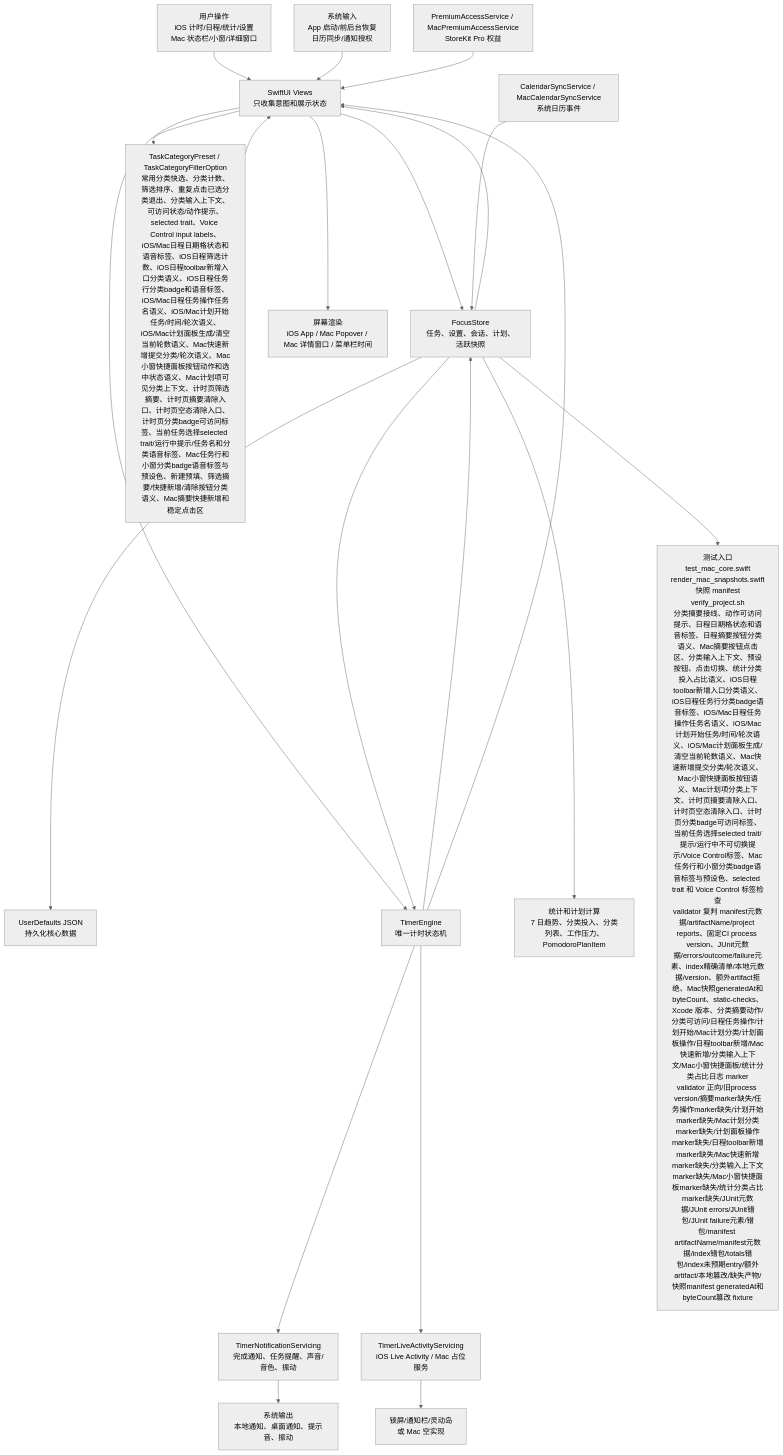
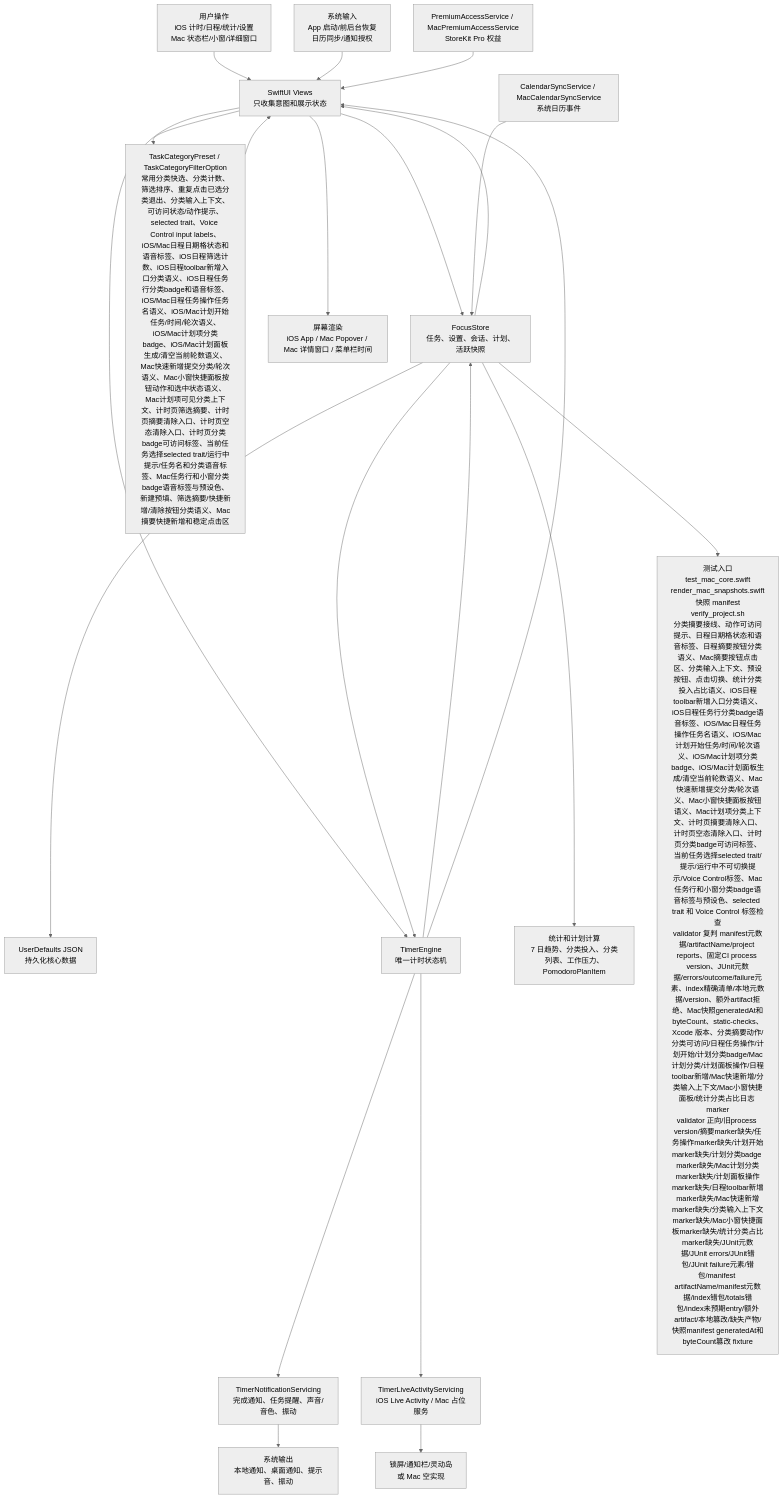
One commit to Altman-sam114/114 changed the first of 6 diagrams in md/flow/flowchart.md. Above: the diagram before and after it, drawn with Mermaid (neutral theme). The commit also changed other lines of this file and 9 other files, not shown here.

````diff
--- a/md/flow/flowchart.md
+++ b/md/flow/flowchart.md
@@ -9,23 +9,23 @@
 ```mermaid
 flowchart TD
   U["用户操作<br/>iOS 计时/日程/统计/设置<br/>Mac 状态栏/小窗/详细窗口"] --> V["SwiftUI Views<br/>只收集意图和展示状态"]
   SYS["系统输入<br/>App 启动/前后台恢复<br/>日历同步/通知授权"] --> V
   V --> S["FocusStore<br/>任务、设置、会话、计划、活跃快照"]
-  V --> CAT["TaskCategoryPreset / TaskCategoryFilterOption<br/>常用分类快选、分类计数、筛选排序、重复点击已选分类退出、分类输入上下文、可访问状态/动作提示、selected trait、Voice Control input labels、iOS/Mac日程日期格状态和语音标签、iOS日程筛选计数、iOS日程toolbar新增入口分类语义、iOS日程任务行分类badge和语音标签、iOS/Mac日程任务操作任务名语义、iOS/Mac计划开始任务/时间/轮次语义、iOS/Mac计划面板生成/清空当前轮数语义、Mac快速新增提交分类/轮次语义、Mac小窗快捷面板按钮动作和选中状态语义、Mac计划项可见分类上下文、计时页筛选摘要、计时页摘要清除入口、计时页空态清除入口、计时页分类badge可访问标签、当前任务选择selected trait/运行中提示/任务名和分类语音标签、Mac任务行和小窗分类badge语音标签与预设色、新建预填、筛选摘要/快捷新增/清除按钮分类语义、Mac摘要快捷新增和稳定点击区"]
+  V --> CAT["TaskCategoryPreset / TaskCategoryFilterOption<br/>常用分类快选、分类计数、筛选排序、重复点击已选分类退出、分类输入上下文、可访问状态/动作提示、selected trait、Voice Control input labels、iOS/Mac日程日期格状态和语音标签、iOS日程筛选计数、iOS日程toolbar新增入口分类语义、iOS日程任务行分类badge和语音标签、iOS/Mac日程任务操作任务名语义、iOS/Mac计划开始任务/时间/轮次语义、iOS/Mac计划项分类badge、iOS/Mac计划面板生成/清空当前轮数语义、Mac快速新增提交分类/轮次语义、Mac小窗快捷面板按钮动作和选中状态语义、Mac计划项可见分类上下文、计时页筛选摘要、计时页摘要清除入口、计时页空态清除入口、计时页分类badge可访问标签、当前任务选择selected trait/运行中提示/任务名和分类语音标签、Mac任务行和小窗分类badge语音标签与预设色、新建预填、筛选摘要/快捷新增/清除按钮分类语义、Mac摘要快捷新增和稳定点击区"]
   CAT --> V
   S --> P["UserDefaults JSON<br/>持久化核心数据"]
   V --> E["TimerEngine<br/>唯一计时状态机"]
   S --> E
   E --> S
   E --> N["TimerNotificationServicing<br/>完成通知、任务提醒、声音/音色、振动"]
   E --> L["TimerLiveActivityServicing<br/>iOS Live Activity / Mac 占位服务"]
   S --> C["统计和计划计算<br/>7 日趋势、分类投入、分类列表、工作压力、PomodoroPlanItem"]
   CAL["CalendarSyncService / MacCalendarSyncService<br/>系统日历事件"] --> S
   PRO["PremiumAccessService / MacPremiumAccessService<br/>StoreKit Pro 权益"] --> V
   S --> V
   E --> V
   V --> OUT["屏幕渲染<br/>iOS App / Mac Popover / Mac 详情窗口 / 菜单栏时间"]
   N --> OUT2["系统输出<br/>本地通知、桌面通知、提示音、振动"]
   L --> OUT3["锁屏/通知栏/灵动岛<br/>或 Mac 空实现"]
-  S --> T["测试入口<br/>test_mac_core.swift<br/>render_mac_snapshots.swift<br/>快照 manifest<br/>verify_project.sh<br/>分类摘要接线、动作可访问提示、日程日期格状态和语音标签、日程摘要按钮分类语义、Mac摘要按钮点击区、分类输入上下文、预设按钮、点击切换、统计分类投入占比语义、iOS日程toolbar新增入口分类语义、iOS日程任务行分类badge语音标签、iOS/Mac日程任务操作任务名语义、iOS/Mac计划开始任务/时间/轮次语义、iOS/Mac计划面板生成/清空当前轮数语义、Mac快速新增提交分类/轮次语义、Mac小窗快捷面板按钮语义、Mac计划项分类上下文、计时页摘要清除入口、计时页空态清除入口、计时页分类badge可访问标签、当前任务选择selected trait/提示/运行中不可切换提示/Voice Control标签、Mac任务行和小窗分类badge语音标签与预设色、selected trait 和 Voice Control 标签检查<br/>validator 复判 manifest元数据/artifactName/project reports、固定CI process version、JUnit元数据/errors/outcome/failure元素、index精确清单/本地元数据/version、额外artifact拒绝、Mac快照generatedAt和byteCount、static-checks、Xcode 版本、分类摘要动作/分类可访问/日程任务操作/计划开始/Mac计划分类/计划面板操作/日程toolbar新增/Mac快速新增/分类输入上下文/Mac小窗快捷面板/统计分类占比日志 marker<br/>validator 正向/旧process version/摘要marker缺失/任务操作marker缺失/计划开始marker缺失/Mac计划分类marker缺失/计划面板操作marker缺失/日程toolbar新增marker缺失/Mac快速新增marker缺失/分类输入上下文marker缺失/Mac小窗快捷面板marker缺失/统计分类占比marker缺失/JUnit元数据/JUnit errors/JUnit错包/JUnit failure元素/错包/manifest artifactName/manifest元数据/index错包/totals错包/index未预期entry/额外artifact/本地篡改/缺失产物/快照manifest generatedAt和byteCount篡改 fixture"]
+  S --> T["测试入口<br/>test_mac_core.swift<br/>render_mac_snapshots.swift<br/>快照 manifest<br/>verify_project.sh<br/>分类摘要接线、动作可访问提示、日程日期格状态和语音标签、日程摘要按钮分类语义、Mac摘要按钮点击区、分类输入上下文、预设按钮、点击切换、统计分类投入占比语义、iOS日程toolbar新增入口分类语义、iOS日程任务行分类badge语音标签、iOS/Mac日程任务操作任务名语义、iOS/Mac计划开始任务/时间/轮次语义、iOS/Mac计划项分类badge、iOS/Mac计划面板生成/清空当前轮数语义、Mac快速新增提交分类/轮次语义、Mac小窗快捷面板按钮语义、Mac计划项分类上下文、计时页摘要清除入口、计时页空态清除入口、计时页分类badge可访问标签、当前任务选择selected trait/提示/运行中不可切换提示/Voice Control标签、Mac任务行和小窗分类badge语音标签与预设色、selected trait 和 Voice Control 标签检查<br/>validator 复判 manifest元数据/artifactName/project reports、固定CI process version、JUnit元数据/errors/outcome/failure元素、index精确清单/本地元数据/version、额外artifact拒绝、Mac快照generatedAt和byteCount、static-checks、Xcode 版本、分类摘要动作/分类可访问/日程任务操作/计划开始/计划分类badge/Mac计划分类/计划面板操作/日程toolbar新增/Mac快速新增/分类输入上下文/Mac小窗快捷面板/统计分类占比日志 marker<br/>validator 正向/旧process version/摘要marker缺失/任务操作marker缺失/计划开始marker缺失/计划分类badge marker缺失/Mac计划分类marker缺失/计划面板操作marker缺失/日程toolbar新增marker缺失/Mac快速新增marker缺失/分类输入上下文marker缺失/Mac小窗快捷面板marker缺失/统计分类占比marker缺失/JUnit元数据/JUnit errors/JUnit错包/JUnit failure元素/错包/manifest artifactName/manifest元数据/index错包/totals错包/index未预期entry/额外artifact/本地篡改/缺失产物/快照manifest generatedAt和byteCount篡改 fixture"]
 ```
````
